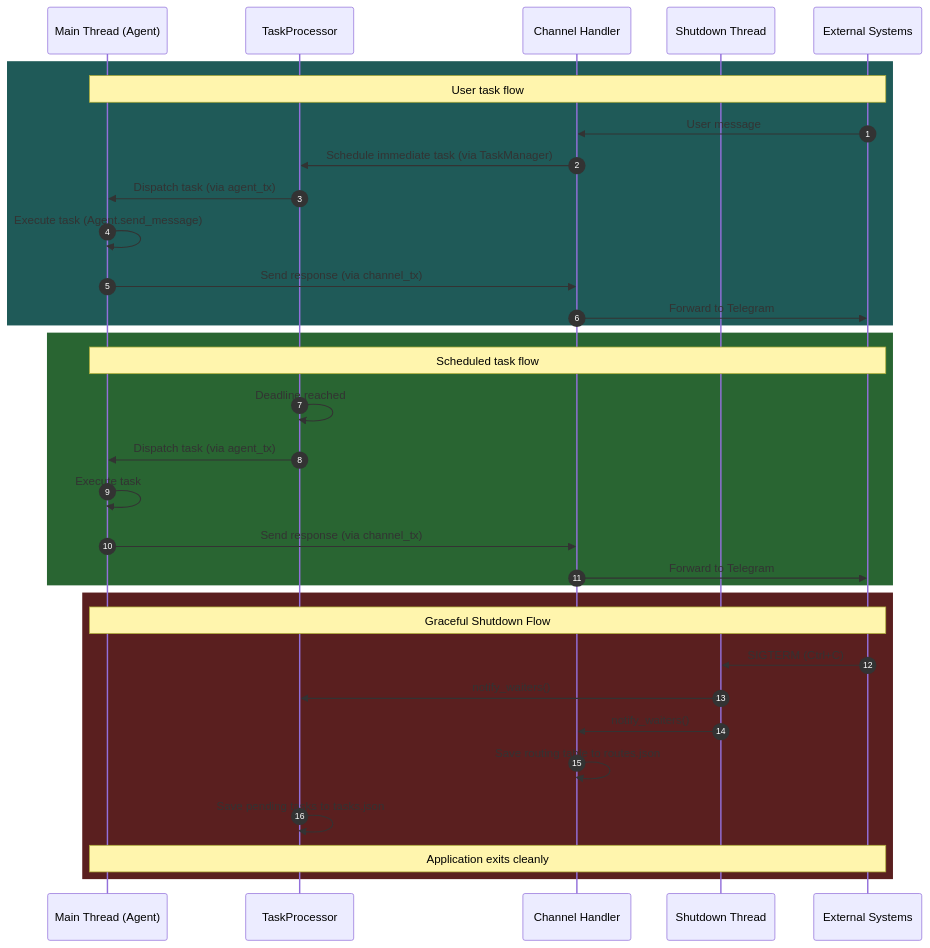
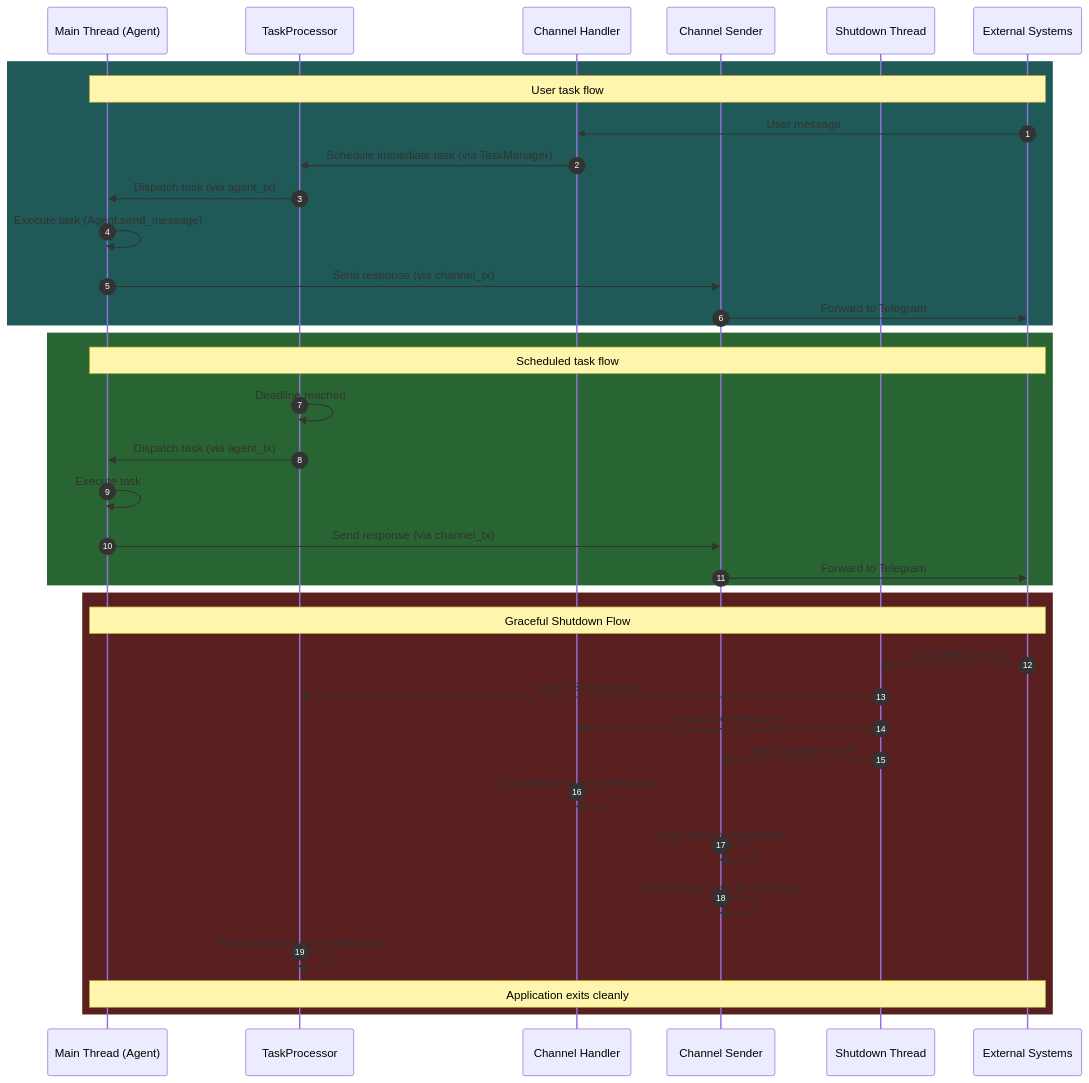
Before and after one commit to zydtiger/yoclaw: the diagram in STRUCTURE.md, drawn with Mermaid. The commit also changed other lines of this file and 3 other files, not shown here.

````diff
--- a/STRUCTURE.md
+++ b/STRUCTURE.md
@@ -176,38 +211,42 @@
 ```mermaid
 sequenceDiagram
     autonumber
     participant P1 as Main Thread (Agent)
     participant P2 as TaskProcessor
     participant P3 as Channel Handler
-    participant P4 as Shutdown Thread
+    participant P4 as Channel Sender
+    participant P5 as Shutdown Thread
     participant External as External Systems
 
     rect rgb(31, 90, 88)
         Note over P1, External: User task flow
         External->>P3: User message
         P3->>P2: Schedule immediate task (via TaskManager)
         P2->>P1: Dispatch task (via agent_tx)
         P1->>P1: Execute task (Agent.send_message)
-        P1->>P3: Send response (via channel_tx)
-        P3->>External: Forward to Telegram
+        P1->>P4: Send response (via channel_tx)
+        P4->>External: Forward to Telegram
     end
 
     rect rgb(41, 101, 50)
         Note over P1, External: Scheduled task flow
         P2->>P2: Deadline reached
         P2->>P1: Dispatch task (via agent_tx)
         P1->>P1: Execute task
-        P1->>P3: Send response (via channel_tx)
-        P3->>External: Forward to Telegram
+        P1->>P4: Send response (via channel_tx)
+        P4->>External: Forward to Telegram
     end
 
     rect rgb(90, 31, 31)
         Note over P1, External: Graceful Shutdown Flow
-        External->>P4: SIGTERM (Ctrl+C)
-        P4->>P2: notify_waiters()
-        P4->>P3: notify_waiters()
-        P3->>P3: Save routing table to routes.json
+        External->>P5: SIGTERM (Ctrl+C)
+        P5->>P2: watch::Sender<bool>
+        P5->>P3: watch::Sender<bool>
+        P5->>P4: watch::Sender<bool>
+        P3->>P3: Stop polling for new messages
+        P4->>P4: Drain pending responses
+        P4->>P4: Save routing table to routes.json
         P2->>P2: Save pending tasks to tasks.json
         Note over P1, External: Application exits cleanly
     end
 ```
````
